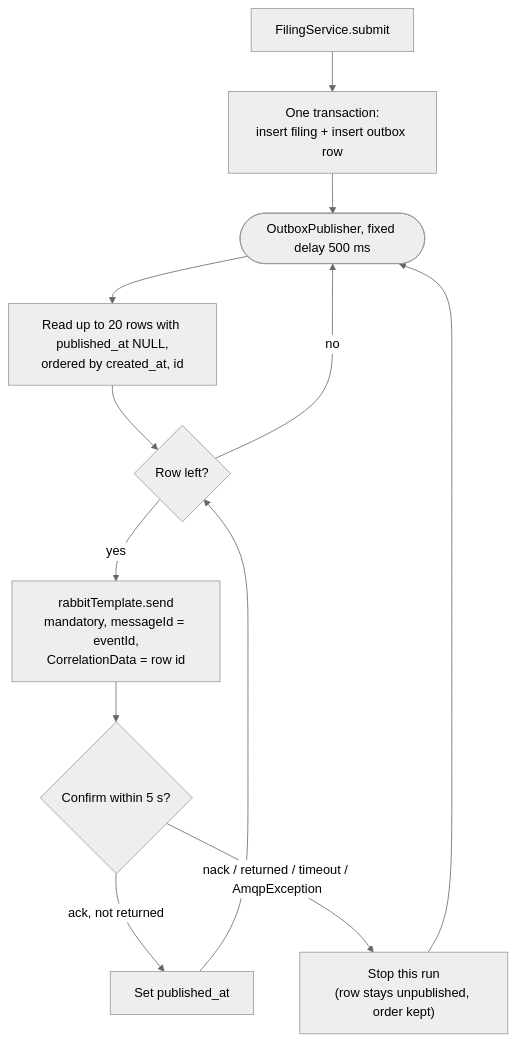
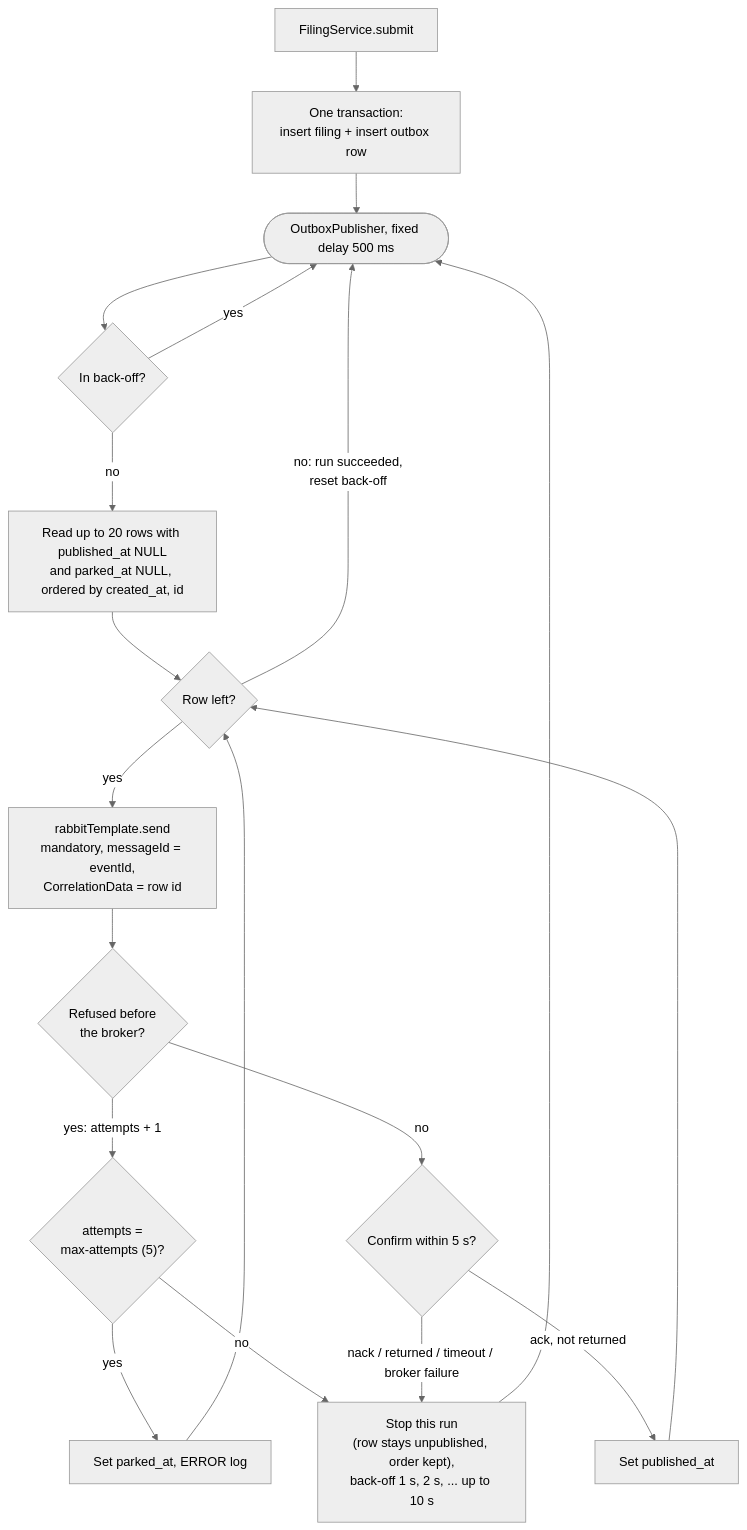
One commit to vladimirVuchkov/veritrade-risk-analysis changed the seventh of 8 diagrams in docs/architecture.md. Above: the diagram before and after it, drawn with Mermaid (neutral theme). The commit also changed other lines of this file and 108 other files, not shown here.

````diff
--- a/docs/architecture.md
+++ b/docs/architecture.md
@@ -253,14 +264,21 @@
 ```mermaid
 flowchart TD
     submit["FilingService.submit"] --> tx["One transaction:<br/>insert filing + insert outbox row"]
     tx --> wait(["OutboxPublisher, fixed delay 500 ms"])
-    wait --> batch["Read up to 20 rows with published_at NULL,<br/>ordered by created_at, id"]
+    wait --> paused{"In back-off?"}
+    paused -- yes --> wait
+    paused -- no --> batch["Read up to 20 rows with published_at NULL<br/>and parked_at NULL, ordered by created_at, id"]
     batch --> any{"Row left?"}
-    any -- no --> wait
+    any -- "no: run succeeded,<br/>reset back-off" --> wait
     any -- yes --> send["rabbitTemplate.send<br/>mandatory, messageId = eventId,<br/>CorrelationData = row id"]
-    send --> confirm{"Confirm within 5 s?"}
+    send --> refused{"Refused before<br/>the broker?"}
+    refused -- "yes: attempts + 1" --> limit{"attempts =<br/>max-attempts (5)?"}
+    limit -- yes --> park["Set parked_at, ERROR log"]
+    park --> any
+    limit -- no --> stop
+    refused -- no --> confirm{"Confirm within 5 s?"}
     confirm -- "ack, not returned" --> mark["Set published_at"]
     mark --> any
-    confirm -- "nack / returned / timeout / AmqpException" --> stop["Stop this run<br/>(row stays unpublished, order kept)"]
+    confirm -- "nack / returned / timeout / broker failure" --> stop["Stop this run<br/>(row stays unpublished, order kept),<br/>back-off 1 s, 2 s, ... up to 10 s"]
     stop --> wait
 ```
````
